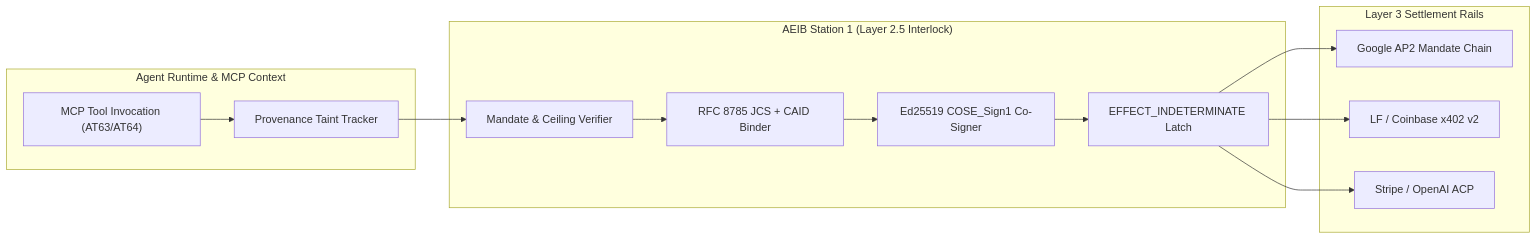
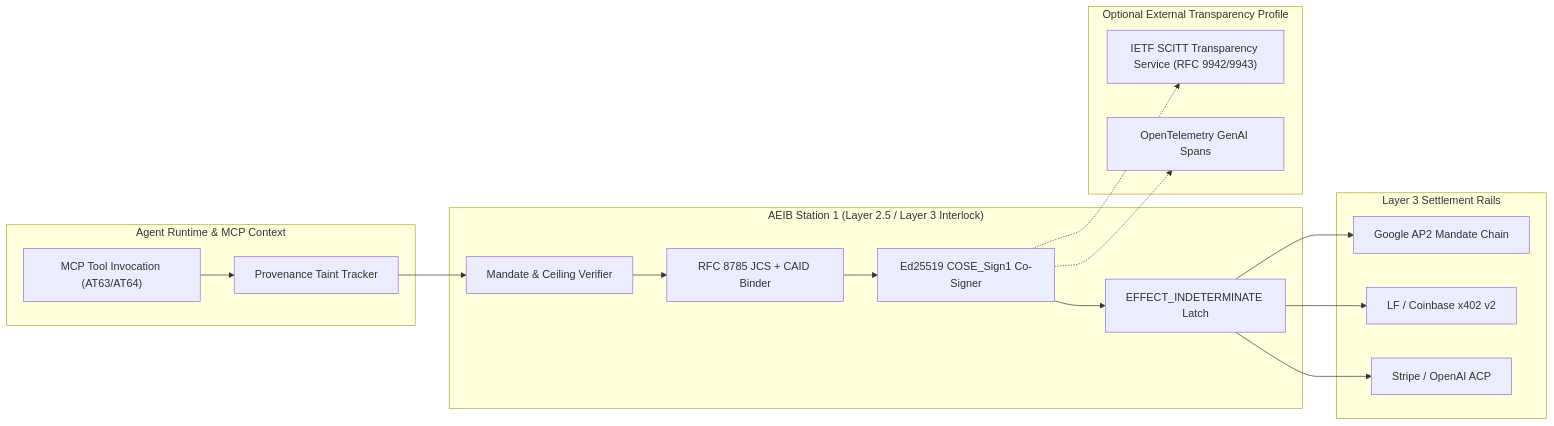
One commit to smaos-ai/aeib changed the diagram in docs/interop/rail-mandate-mapping.md. Above: the diagram before and after it, drawn with Mermaid. The commit also changed other lines of this file and 3 other files, not shown here.

````diff
--- a/docs/interop/rail-mandate-mapping.md
+++ b/docs/interop/rail-mandate-mapping.md
@@ -30,27 +31,34 @@
 ```mermaid
 flowchart LR
     subgraph AgentRuntime["Agent Runtime & MCP Context"]
         MCP["MCP Tool Invocation (AT63/AT64)"]
         Taint["Provenance Taint Tracker"]
         MCP --> Taint
     end
 
-    subgraph AEIB["AEIB Station 1 (Layer 2.5 Interlock)"]
+    subgraph AEIB["AEIB Station 1 (Layer 2.5 / Layer 3 Interlock)"]
         Verify["Mandate & Ceiling Verifier"]
         JCS["RFC 8785 JCS + CAID Binder"]
         Cosign["Ed25519 COSE_Sign1 Co-Signer"]
         Latch["EFFECT_INDETERMINATE Latch"]
         Verify --> JCS --> Cosign --> Latch
     end
 
     subgraph Rails["Layer 3 Settlement Rails"]
         AP2["Google AP2 Mandate Chain"]
         X402["LF / Coinbase x402 v2"]
         ACP["Stripe / OpenAI ACP"]
     end
 
+    subgraph SCITTProfile["Optional External Transparency Profile"]
+        SCITT["IETF SCITT Transparency Service (RFC 9942/9943)"]
+        OTel["OpenTelemetry GenAI Spans"]
+    end
+
     Taint --> Verify
     Latch --> AP2
     Latch --> X402
     Latch --> ACP
+    Cosign -.-> SCITT
+    Cosign -.-> OTel
 ```
````
